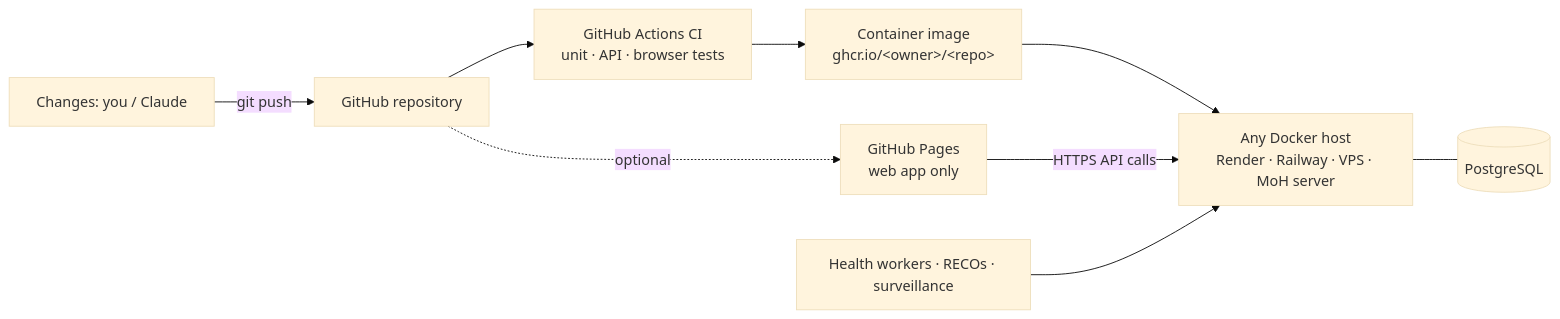
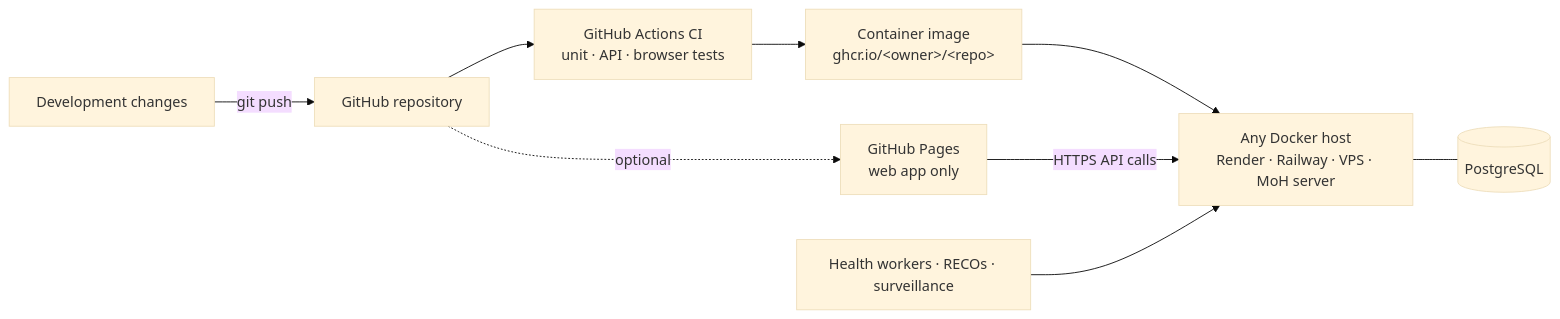
The diagram in docs/11_backend_and_deployment.md (Brianwanzama/CEPI_BDBV-Digital-Surveillance-Tool), drawn with Mermaid (base theme) before and after one commit. The commit also changed other lines of this file and 43 other files, not shown here.

````diff
--- a/docs/11_backend_and_deployment.md
+++ b/docs/11_backend_and_deployment.md
@@ -7,11 +7,11 @@
 ```mermaid
 flowchart LR
-  DEV[Changes: you / Claude] -->|git push| GH[GitHub repository]
+  DEV[Development changes] -->|git push| GH[GitHub repository]
   GH --> CI[GitHub Actions CI<br/>unit · API · browser tests]
   CI --> IMG[Container image<br/>ghcr.io/&lt;owner&gt;/&lt;repo&gt;]
   IMG --> HOST[Any Docker host<br/>Render · Railway · VPS · MoH server]
   HOST --- DB[(PostgreSQL)]
   GH -. optional .-> PAGES[GitHub Pages<br/>web app only]
   PAGES -->|HTTPS API calls| HOST
   USERS[Health workers · RECOs · surveillance] --> HOST
 ```
````
